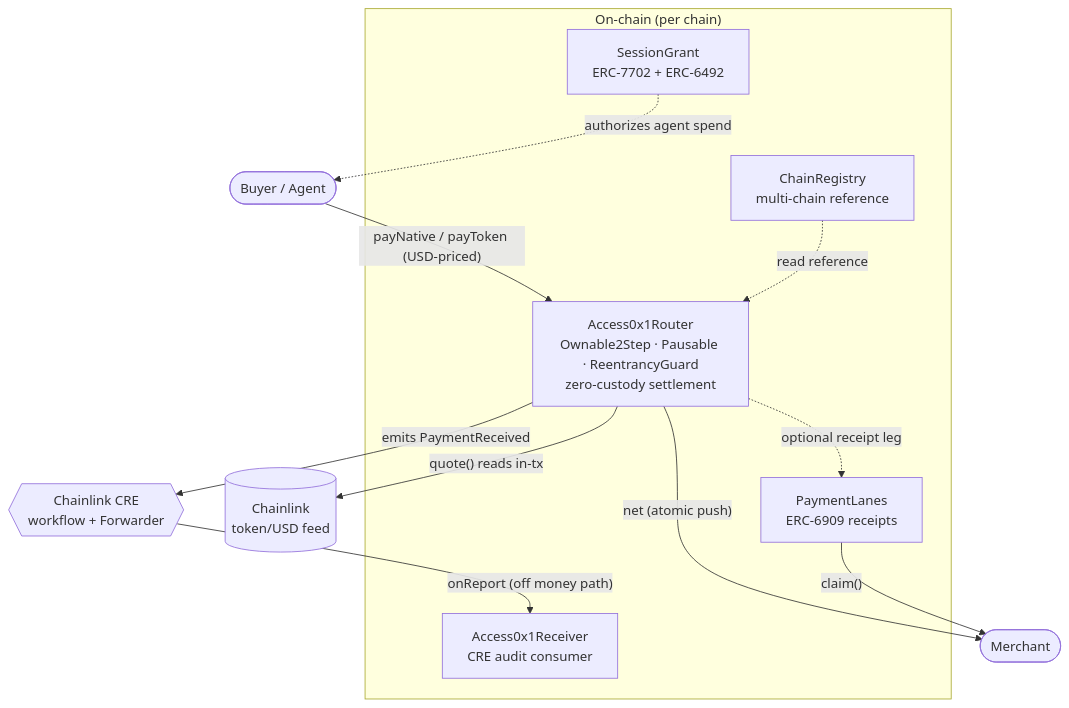
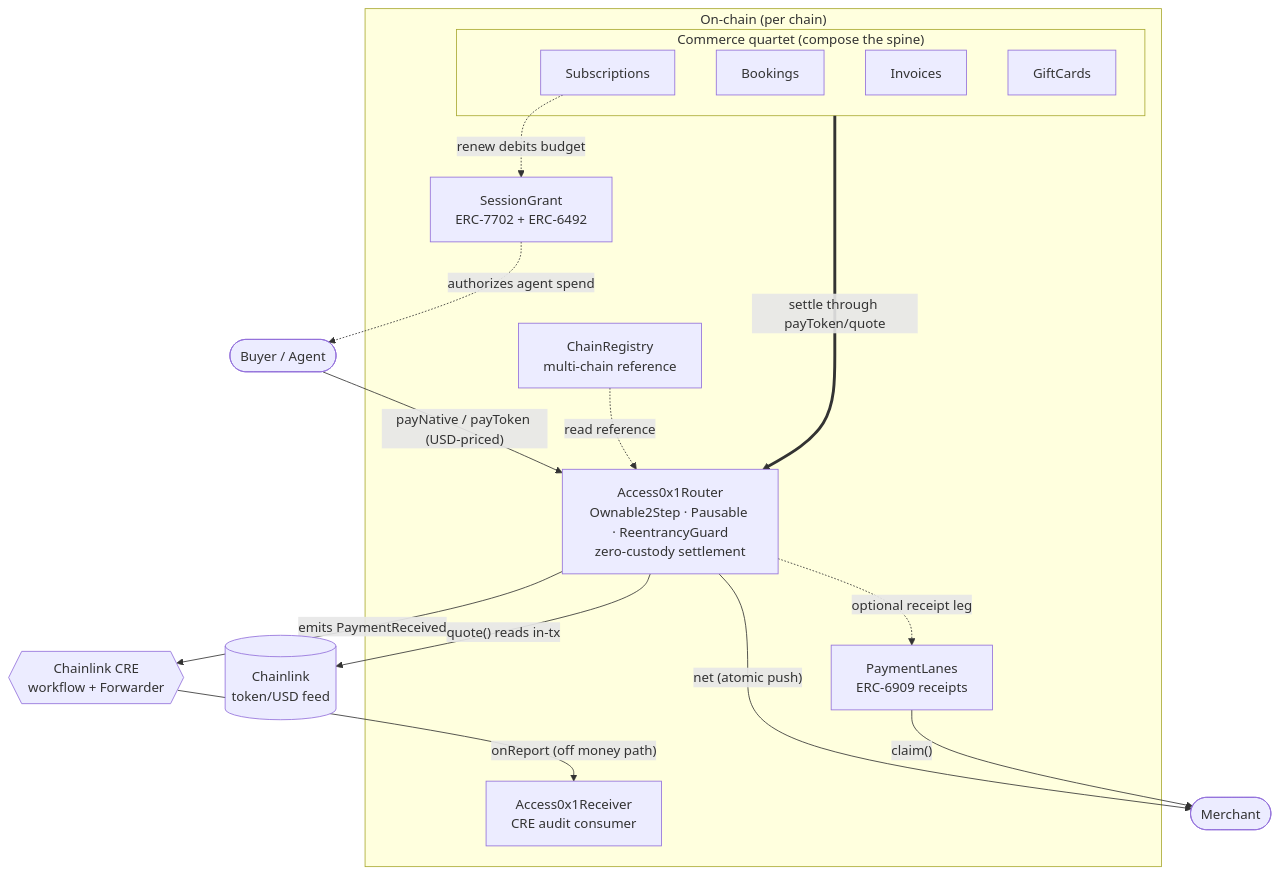
The diagram in README.md (Access0x1/Access0x1), drawn with Mermaid before and after one commit. The commit also changed other lines of this file and 3 other files, not shown here.

````diff
--- a/README.md
+++ b/README.md
@@ -87,26 +87,34 @@
 ```mermaid
 flowchart TB
     Buyer([Buyer / Agent])
     Merchant([Merchant])
 
     subgraph onchain["On-chain (per chain)"]
         Router["Access0x1Router<br/>Ownable2Step · Pausable · ReentrancyGuard<br/>zero-custody settlement"]
         Lanes["PaymentLanes<br/>ERC-6909 receipts"]
         Session["SessionGrant<br/>ERC-7702 + ERC-6492"]
         Registry["ChainRegistry<br/>multi-chain reference"]
         Receiver["Access0x1Receiver<br/>CRE audit consumer"]
+        subgraph commerce["Commerce quartet (compose the spine)"]
+            Subs["Subscriptions"]
+            Book["Bookings"]
+            Inv["Invoices"]
+            Gift["GiftCards"]
+        end
     end
 
     Feed[("Chainlink<br/>token/USD feed")]
     CRE{{"Chainlink CRE<br/>workflow + Forwarder"}}
 
     Buyer -->|"payNative / payToken (USD-priced)"| Router
     Router -->|"quote() reads in-tx"| Feed
     Router -->|"net (atomic push)"| Merchant
     Router -. "optional receipt leg" .-> Lanes
     Lanes -->|"claim()"| Merchant
     Router -->|"emits PaymentReceived"| CRE
     CRE -->|"onReport (off money path)"| Receiver
     Session -.->|"authorizes agent spend"| Buyer
     Registry -.->|"read reference"| Router
+    commerce ==>|"settle through payToken/quote"| Router
+    Subs -.->|"renew debits budget"| Session
 ```
````
